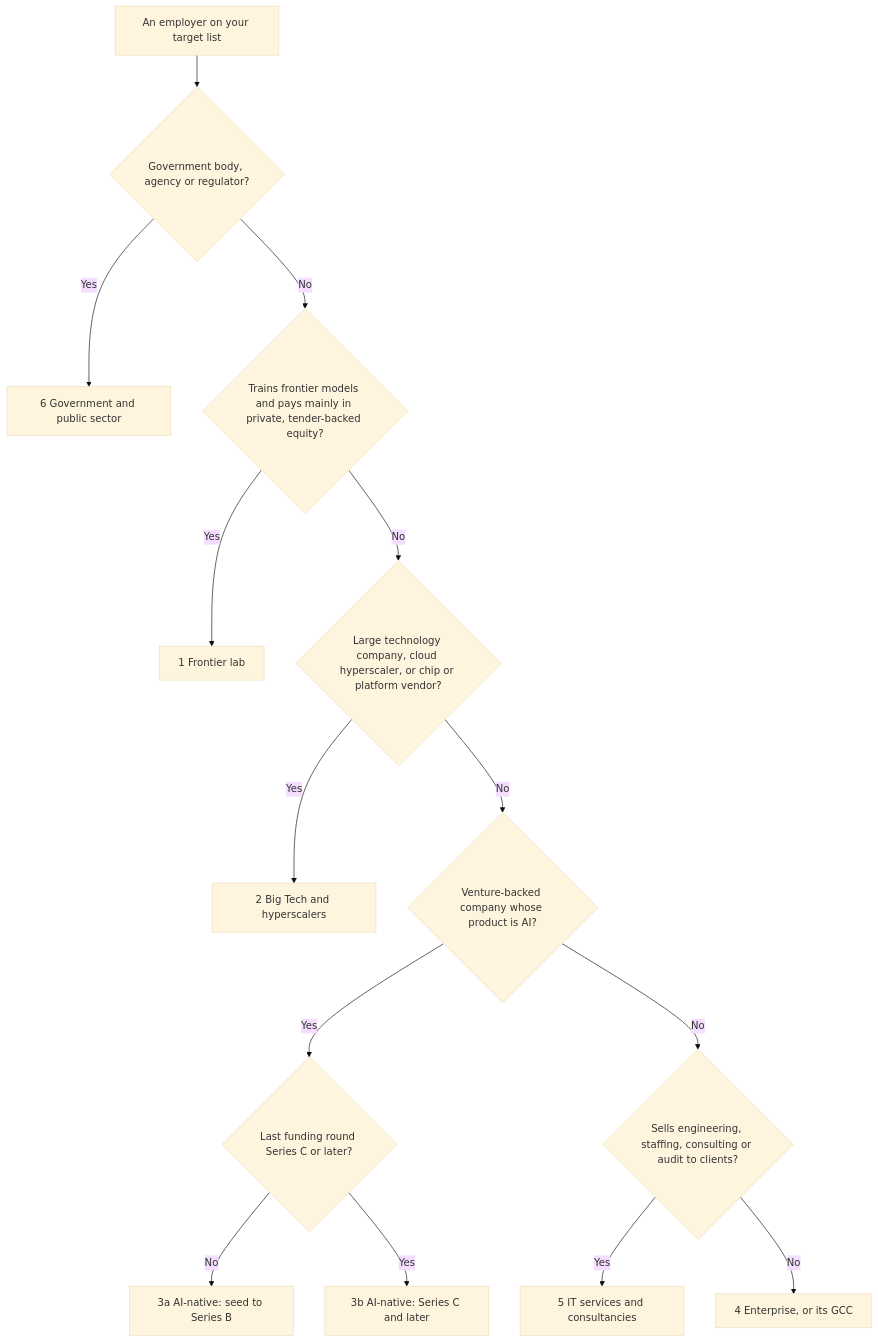
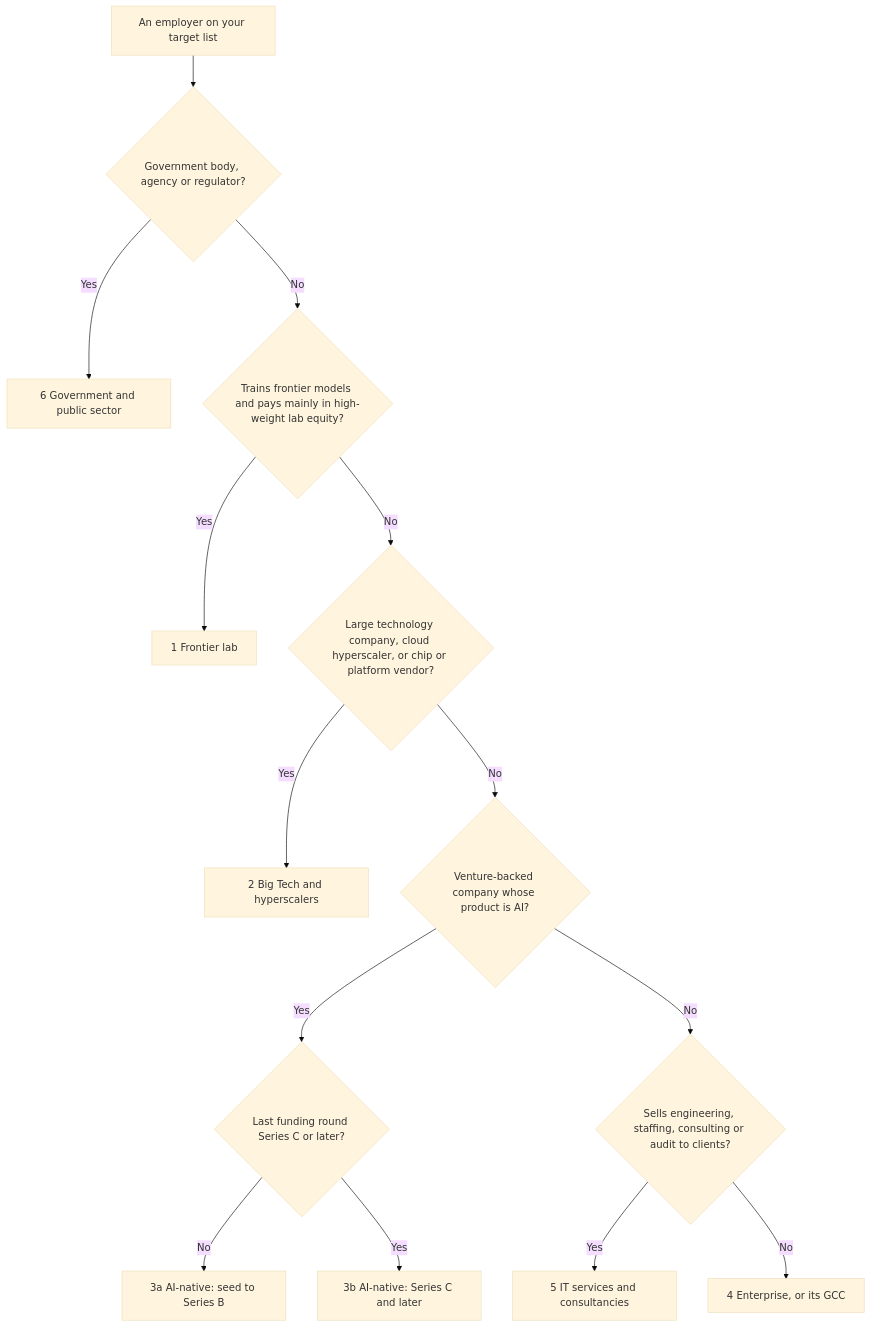
Before and after one commit to bhaskarjha-dev/genai-career: the diagram in career/01-landscape/employer-landscape.md, drawn with Mermaid (base theme). The commit also changed other lines of this file and 11 other files, not shown here.

````diff
--- a/career/01-landscape/employer-landscape.md
+++ b/career/01-landscape/employer-landscape.md
@@ -35,16 +35,16 @@
 ```mermaid
 flowchart TD
     A["An employer on your target list"] --> B{"Government body, agency or regulator?"}
     B -->|"Yes"| T6["6 Government and public sector"]
-    B -->|"No"| C{"Trains frontier models and pays mainly in private, tender-backed equity?"}
+    B -->|"No"| C{"Trains frontier models and pays mainly in high-weight lab equity?"}
     C -->|"Yes"| T1["1 Frontier lab"]
     C -->|"No"| D{"Large technology company, cloud hyperscaler, or chip or platform vendor?"}
     D -->|"Yes"| T2["2 Big Tech and hyperscalers"]
     D -->|"No"| E{"Venture-backed company whose product is AI?"}
     E -->|"Yes"| F{"Last funding round Series C or later?"}
     F -->|"No"| T3a["3a AI-native: seed to Series B"]
     F -->|"Yes"| T3b["3b AI-native: Series C and later"]
     E -->|"No"| G{"Sells engineering, staffing, consulting or audit to clients?"}
     G -->|"Yes"| T5["5 IT services and consultancies"]
     G -->|"No"| T4["4 Enterprise, or its GCC"]
 ```
````
